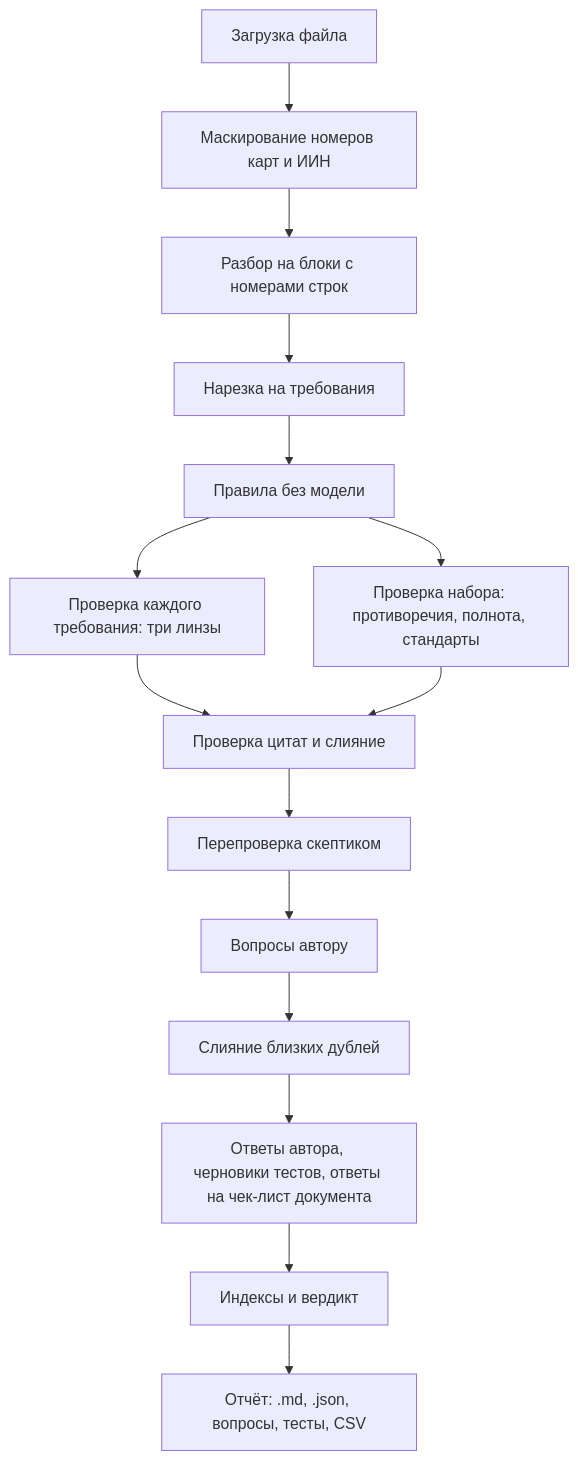
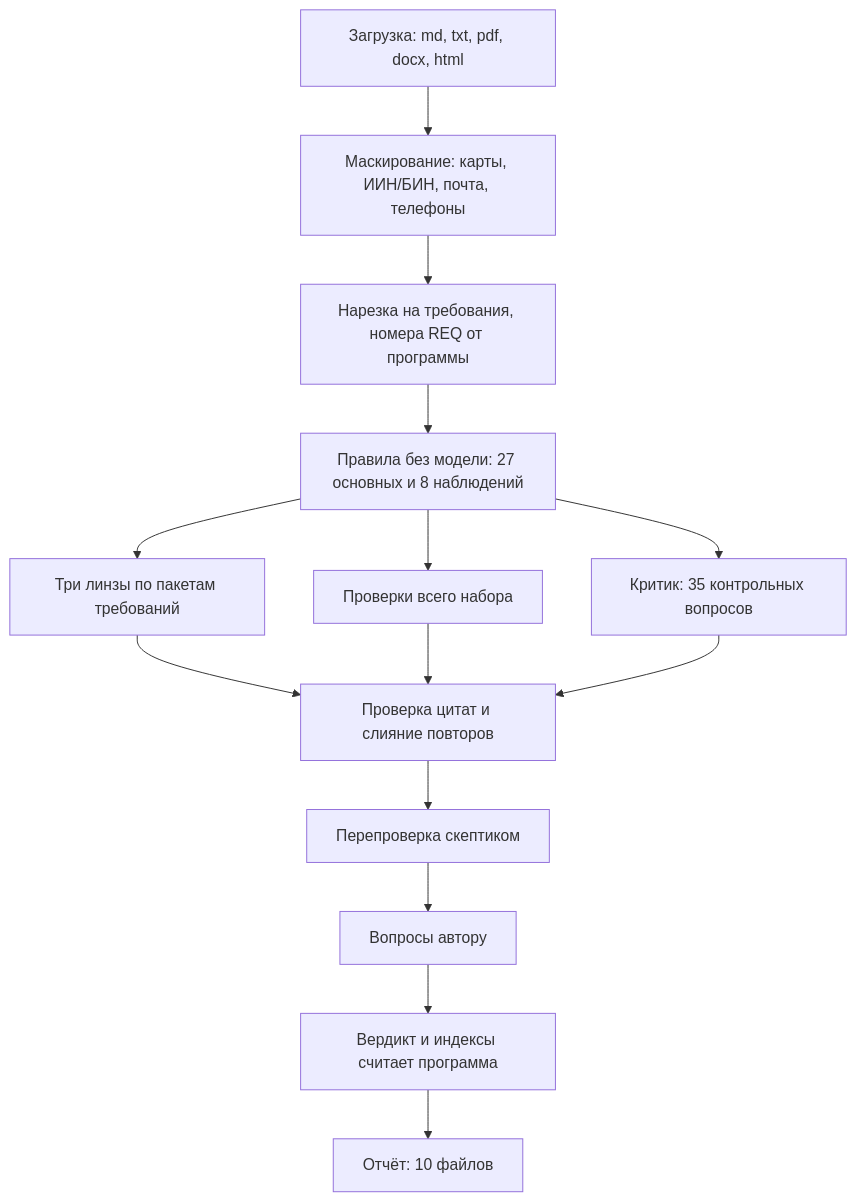
The diagram in README.md (Artmaster5/revizor-tz), drawn with Mermaid before and after one commit. The commit also changed other lines of this file and 259 other files, not shown here.

````diff
--- a/README.md
+++ b/README.md
@@ -156,17 +159,16 @@
 ```mermaid
 flowchart TD
-    A["Загрузка файла"] --> M["Маскирование номеров карт и ИИН"]
-    M --> B["Разбор на блоки с номерами строк"]
-    B --> C["Нарезка на требования"]
-    C --> D["Правила без модели"]
-    D --> E["Проверка каждого требования: три линзы"]
-    D --> F["Проверка набора: противоречия, полнота, стандарты"]
-    E --> G["Проверка цитат и слияние"]
-    F --> G
-    G --> H["Перепроверка скептиком"]
-    H --> I["Вопросы автору"]
-    I --> J["Слияние близких дублей"]
-    J --> K["Ответы автора, черновики тестов, ответы на чек-лист документа"]
-    K --> L["Индексы и вердикт"]
-    L --> R["Отчёт: .md, .json, вопросы, тесты, CSV"]
+    A["Загрузка: md, txt, pdf, docx, html"] --> B["Маскирование: карты, ИИН/БИН, почта, телефоны"]
+    B --> C["Нарезка на требования, номера REQ от программы"]
+    C --> D["Правила без модели: 27 основных и 8 наблюдений"]
+    D --> E["Три линзы по пакетам требований"]
+    D --> F["Проверки всего набора"]
+    D --> G["Критик: 35 контрольных вопросов"]
+    E --> H["Проверка цитат и слияние повторов"]
+    F --> H
+    G --> H
+    H --> I["Перепроверка скептиком"]
+    I --> J["Вопросы автору"]
+    J --> K["Вердикт и индексы считает программа"]
+    K --> L["Отчёт: 10 файлов"]
 ```
````
